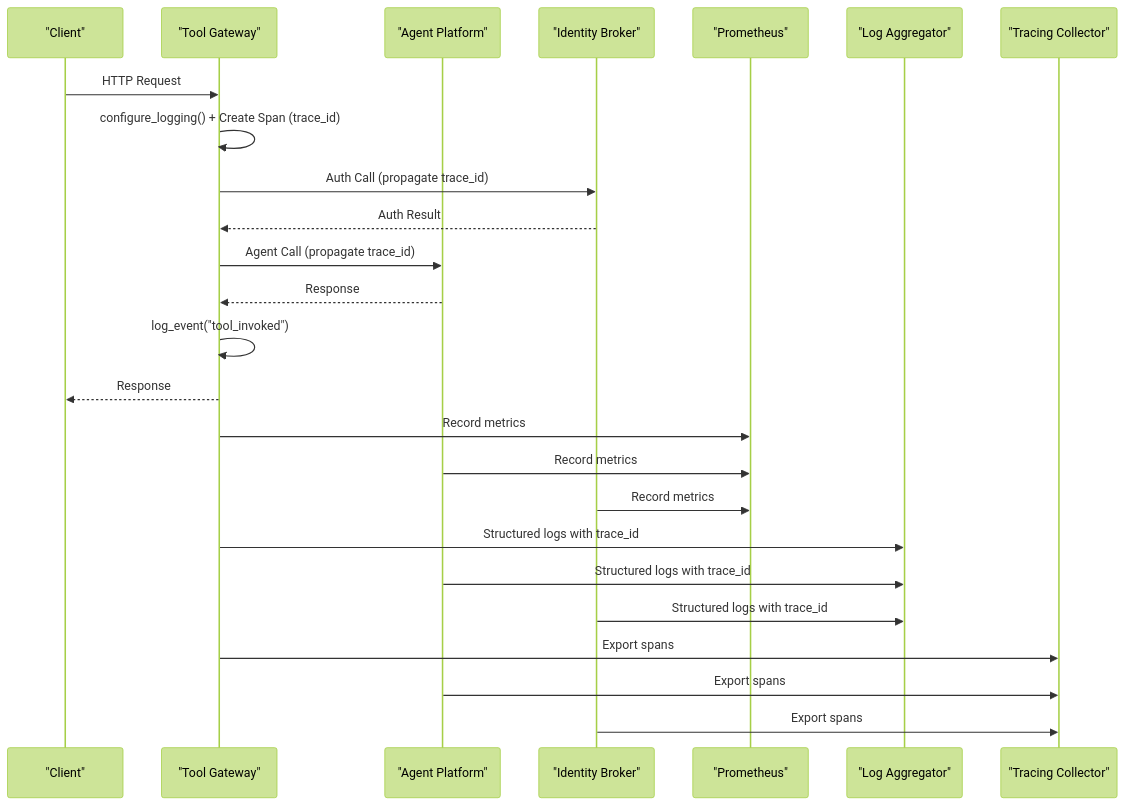
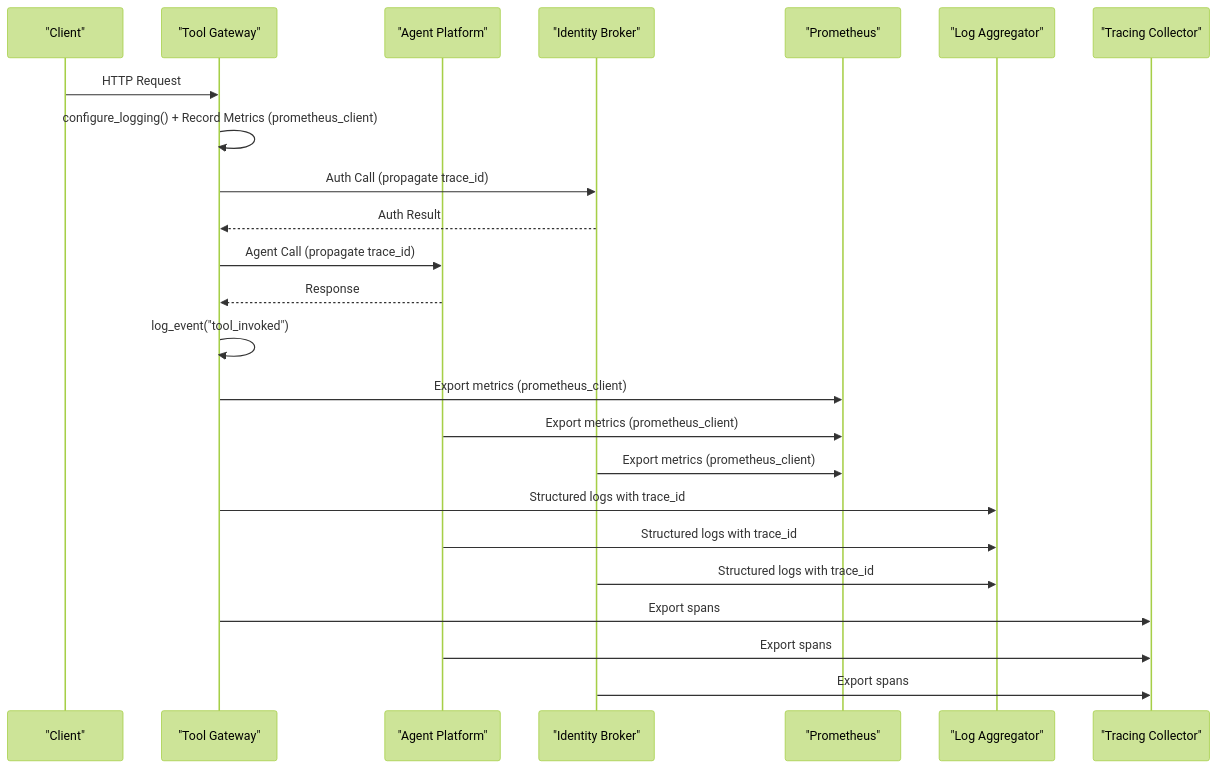
The second of 9 diagrams in .qoder/repowiki/en/content/Monitoring and Observability/Monitoring and Observability.md (metasync/luban-aiops), drawn with Mermaid (forest theme) before and after one commit. The commit also changed other lines of this file and 3 other files, not shown here.

````diff
--- a/.qoder/repowiki/en/content/Monitoring and Observability/Monitoring and Observability.md
+++ b/.qoder/repowiki/en/content/Monitoring and Observability/Monitoring and Observability.md
@@ -139,27 +136,26 @@
 ```mermaid
 sequenceDiagram
 participant Client as "Client"
 participant Gateway as "Tool Gateway"
 participant Agent as "Agent Platform"
 participant Identity as "Identity Broker"
 participant Prometheus as "Prometheus"
 participant Logger as "Log Aggregator"
 participant Tracer as "Tracing Collector"
 Client->>Gateway : HTTP Request
-Gateway->>Gateway : configure_logging() + Create Span (trace_id)
+Gateway->>Gateway : configure_logging() + Record Metrics (prometheus_client)
 Gateway->>Identity : Auth Call (propagate trace_id)
 Identity-->>Gateway : Auth Result
 Gateway->>Agent : Agent Call (propagate trace_id)
 Agent-->>Gateway : Response
 Gateway->>Gateway : log_event("tool_invoked")
-Gateway-->>Client : Response
-Gateway->>Prometheus : Record metrics
-Agent->>Prometheus : Record metrics
-Identity->>Prometheus : Record metrics
+Gateway->>Prometheus : Export metrics (prometheus_client)
+Agent->>Prometheus : Export metrics (prometheus_client)
+Identity->>Prometheus : Export metrics (prometheus_client)
 Gateway->>Logger : Structured logs with trace_id
 Agent->>Logger : Structured logs with trace_id
 Identity->>Logger : Structured logs with trace_id
 Gateway->>Tracer : Export spans
 Agent->>Tracer : Export spans
 Identity->>Tracer : Export spans
 ```
````
